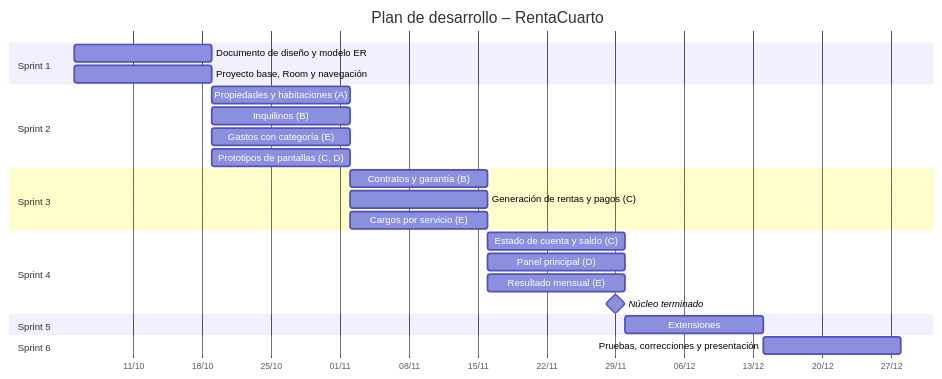
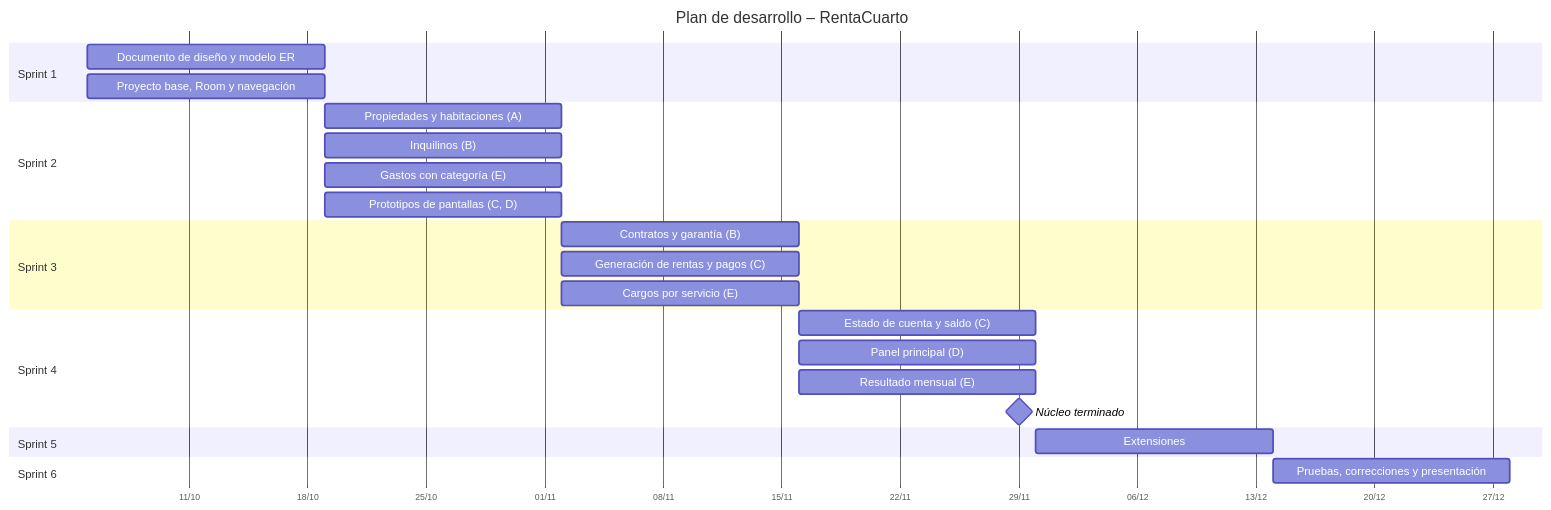
The tenth of 10 diagrams in docs/Documento_de_Diseno.md (Hernando-sys/RentaCuarto), drawn with Mermaid before and after one commit. The commit also changed 1 other file, not shown here.

Commit message:
docs(diseño): corrige etiquetas del diagrama de Gantt

````diff
--- a/docs/Documento_de_Diseno.md
+++ b/docs/Documento_de_Diseno.md
@@ -714,33 +714,44 @@
 ```mermaid
+---
+config:
+  gantt:
+    useWidth: 1800
+    barHeight: 28
+    barGap: 6
+    fontSize: 13
+    sectionFontSize: 13
+    leftPadding: 90
+---
 gantt
     title Plan de desarrollo – RentaCuarto
     dateFormat YYYY-MM-DD
     axisFormat %d/%m
+    todayMarker off
 
     section Sprint 1
     Documento de diseño y modelo ER        :s1a, 2026-10-05, 14d
     Proyecto base, Room y navegación       :s1b, 2026-10-05, 14d
 
     section Sprint 2
     Propiedades y habitaciones (A)         :s2a, 2026-10-19, 14d
     Inquilinos (B)                         :s2b, 2026-10-19, 14d
     Gastos con categoría (E)               :s2e, 2026-10-19, 14d
     Prototipos de pantallas (C, D)         :s2c, 2026-10-19, 14d
 
     section Sprint 3
     Contratos y garantía (B)               :s3b, 2026-11-02, 14d
     Generación de rentas y pagos (C)       :s3c, 2026-11-02, 14d
     Cargos por servicio (E)                :s3e, 2026-11-02, 14d
 
     section Sprint 4
     Estado de cuenta y saldo (C)           :s4c, 2026-11-16, 14d
     Panel principal (D)                    :s4d, 2026-11-16, 14d
     Resultado mensual (E)                  :s4e, 2026-11-16, 14d
     Núcleo terminado                       :milestone, m1, 2026-11-29, 0d
 
     section Sprint 5
     Extensiones                            :s5, 2026-11-30, 14d
 
     section Sprint 6
     Pruebas, correcciones y presentación   :s6, 2026-12-14, 14d
 ```
````
